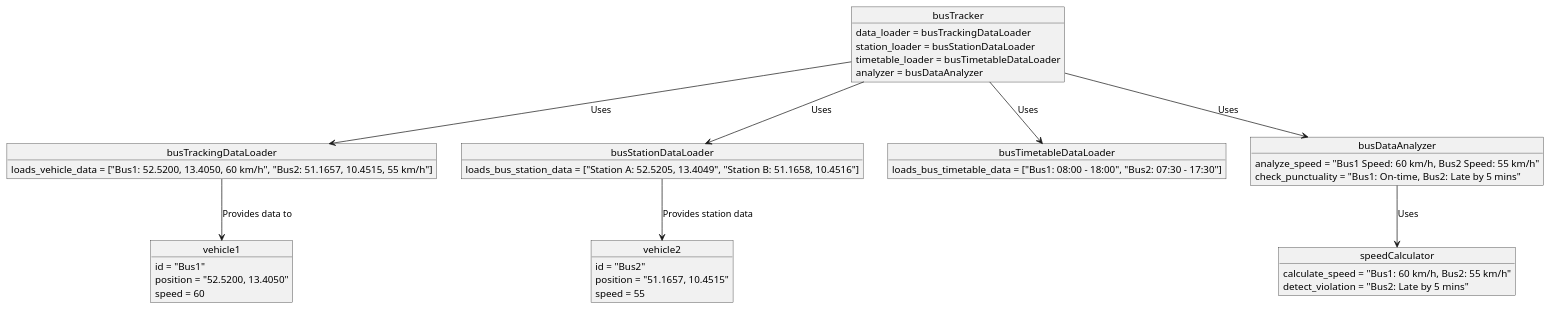
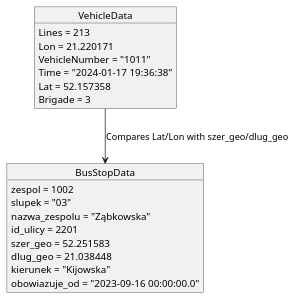
One commit to kate20031/Bus_Tracker_Refactored changed the diagram in Zaliczeniowy_autobusy/diagrams_before_refactoring/Object.puml. Above: the diagram before and after it, drawn with PlantUML. The commit also changed 23 other files, not shown here.

Commit message:
Diagram changed

```diff
--- a/Zaliczeniowy_autobusy/diagrams_before_refactoring/Object.puml
+++ b/Zaliczeniowy_autobusy/diagrams_before_refactoring/Object.puml
@@ -1,51 +1,27 @@
 @startuml
-object busTracker {
-  data_loader = busTrackingDataLoader
-  station_loader = busStationDataLoader
-  timetable_loader = busTimetableDataLoader
-  analyzer = busDataAnalyzer
+
+
+object VehicleData {
+  Lines = 213
+  Lon = 21.220171
+  VehicleNumber = "1011"
+  Time = "2024-01-17 19:36:38"
+  Lat = 52.157358
+  Brigade = 3
 }
 
-object busTrackingDataLoader {
-  loads_vehicle_data = ["Bus1: 52.5200, 13.4050, 60 km/h", "Bus2: 51.1657, 10.4515, 55 km/h"]
+object BusStopData {
+  zespol = 1002
+  slupek = "03"
+  nazwa_zespolu = "Ząbkowska"
+  id_ulicy = 2201
+  szer_geo = 52.251583
+  dlug_geo = 21.038448
+  kierunek = "Kijowska"
+  obowiazuje_od = "2023-09-16 00:00:00.0"
 }
 
-object busStationDataLoader {
-  loads_bus_station_data = ["Station A: 52.5205, 13.4049", "Station B: 51.1658, 10.4516"]
-}
 
-object busTimetableDataLoader {
-  loads_bus_timetable_data = ["Bus1: 08:00 - 18:00", "Bus2: 07:30 - 17:30"]
-}
+VehicleData --> BusStopData : "Compares Lat/Lon with szer_geo/dlug_geo"
 
-object busDataAnalyzer {
-  analyze_speed = "Bus1 Speed: 60 km/h, Bus2 Speed: 55 km/h"
-  check_punctuality = "Bus1: On-time, Bus2: Late by 5 mins"
-}
-
-object vehicle1 {
-  id = "Bus1"
-  position = "52.5200, 13.4050"
-  speed = 60
-}
-
-object vehicle2 {
-  id = "Bus2"
-  position = "51.1657, 10.4515"
-  speed = 55
-}
-
-object speedCalculator {
-  calculate_speed = "Bus1: 60 km/h, Bus2: 55 km/h"
-  detect_violation = "Bus2: Late by 5 mins"
-}
-
-busTracker --> busTrackingDataLoader : Uses
-busTracker --> busStationDataLoader : Uses
-busTracker --> busTimetableDataLoader : Uses
-busTracker --> busDataAnalyzer : Uses
-
-busTrackingDataLoader --> vehicle1 : Provides data to
-busStationDataLoader --> vehicle2 : Provides station data
-busDataAnalyzer --> speedCalculator : Uses
 @enduml
```
